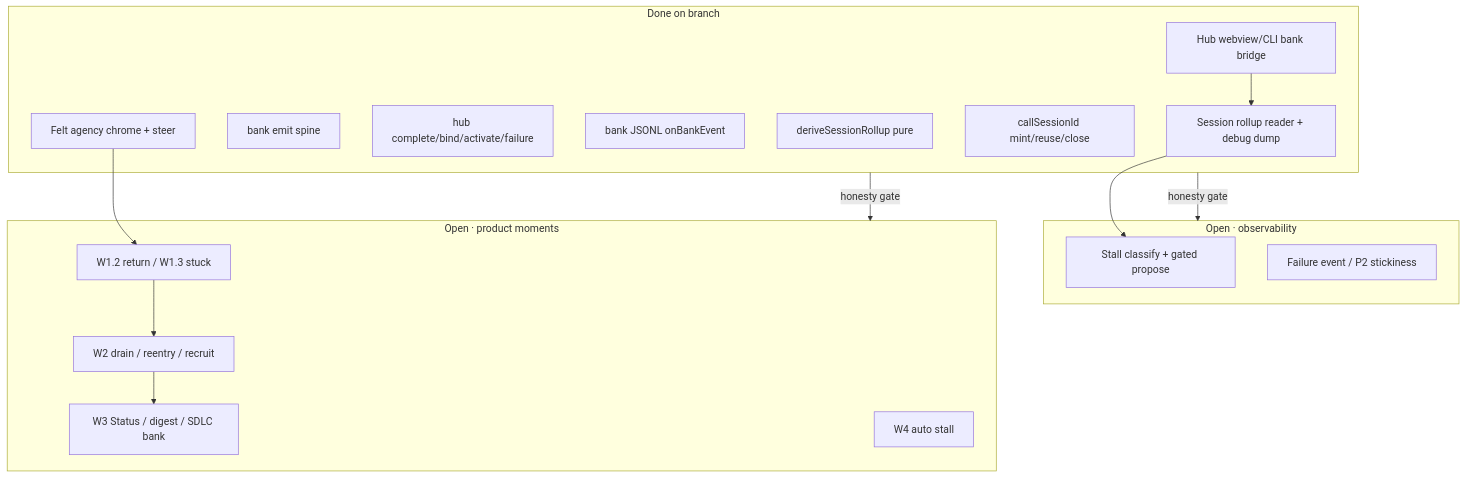
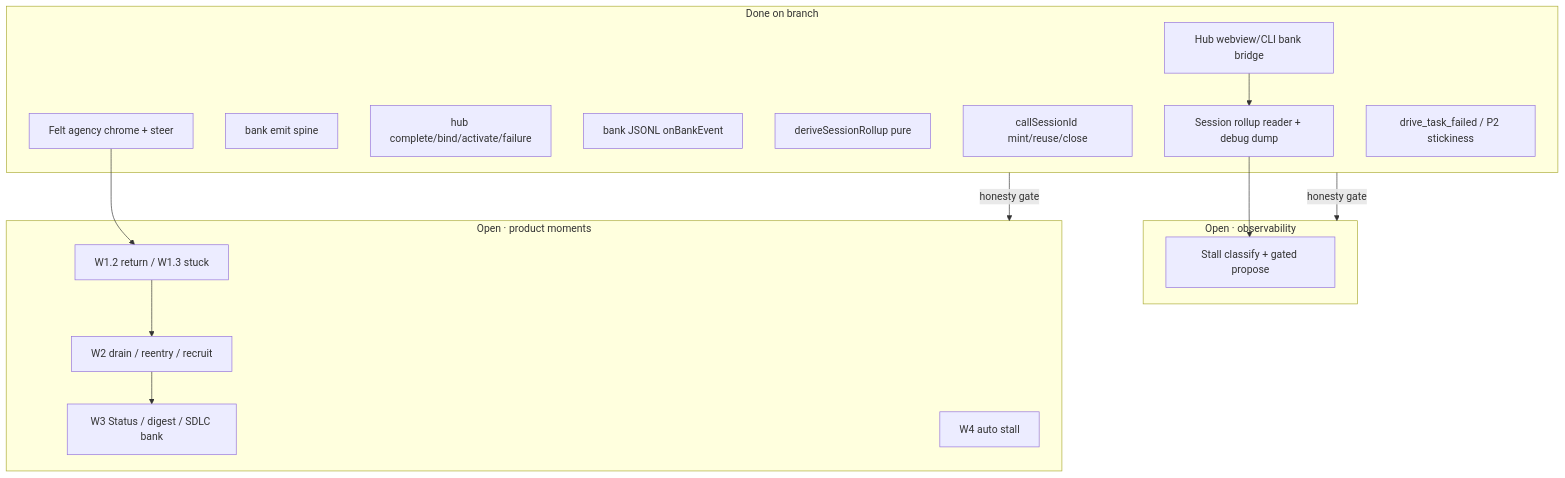
One commit to drive-mode/cline-drivecode changed the diagram in docs/drivecode/plans/cline-drivemode/delivery/REMAINING-task-satisfaction.md. Above: the diagram before and after it, drawn with Mermaid. The commit also changed other lines of this file and 14 other files, not shown here.

Commit message:
feat(drive): emit drive_task_failed for P2 failure stickiness

````diff
--- a/docs/drivecode/plans/cline-drivemode/delivery/REMAINING-task-satisfaction.md
+++ b/docs/drivecode/plans/cline-drivemode/delivery/REMAINING-task-satisfaction.md
@@ -30,30 +30,30 @@
 ```mermaid
 flowchart TD
   subgraph Done["Done on branch"]
     CS["callSessionId mint/reuse/close"]
     Emit["bank emit spine"]
     HubOps["hub complete/bind/activate/failure"]
     Log["bank JSONL onBankEvent"]
     Rollup["deriveSessionRollup pure"]
     Bridge["Hub webview/CLI bank bridge"]
     Felt["Felt agency chrome + steer"]
     Reader["Session rollup reader + debug dump"]
+    P2ev["drive_task_failed / P2 stickiness"]
   end
   subgraph OpenObs["Open · observability"]
     S3["Stall classify + gated propose"]
-    P2ev["Failure event / P2 stickiness"]
   end
   subgraph OpenMoments["Open · product moments"]
     W1["W1.2 return / W1.3 stuck"]
     W2["W2 drain / reentry / recruit"]
     W3["W3 Status / digest / SDLC bank"]
     W4["W4 auto stall"]
   end
   Done -->|"honesty gate"| OpenObs
   Done -->|"honesty gate"| OpenMoments
   Bridge --> Reader
   Reader --> S3
   Felt --> W1
   W1 --> W2
   W2 --> W3
 ```
````
